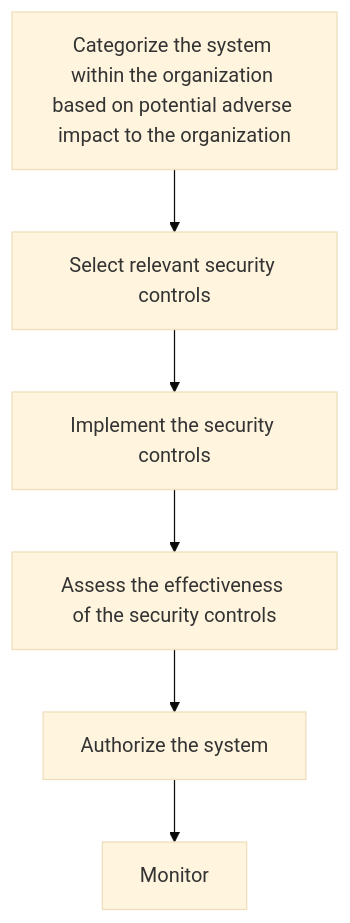
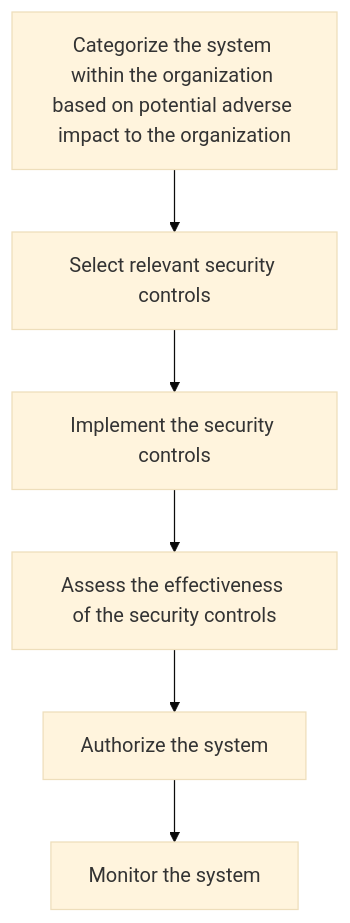
One commit to mgifford/mermaid-graphs changed the diagram in ato.md. Above: the diagram before and after it, drawn with Mermaid (base theme).

Commit message:
Monitor the system

````diff
--- a/ato.md
+++ b/ato.md
@@ -10,9 +10,9 @@
 ```mermaid
 graph TD
 
 Categorize[Categorize the system within the organization based on potential adverse impact to the organization] --> Select
 Select[Select relevant security controls] --> Implement
 Implement[Implement the security controls] --> Assess
 Assess[Assess the effectiveness of the security controls] --> Authorize
-Authorize[Authorize the system] --> Monitor
+Authorize[Authorize the system] --> Monitor[Monitor the system]
 ```
````
